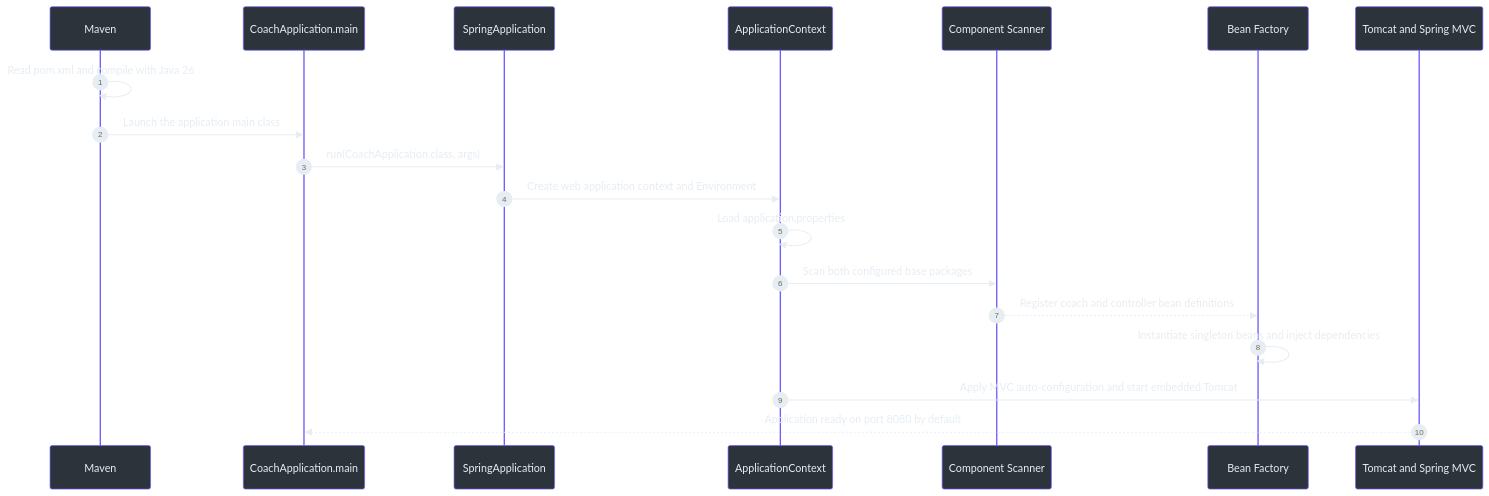
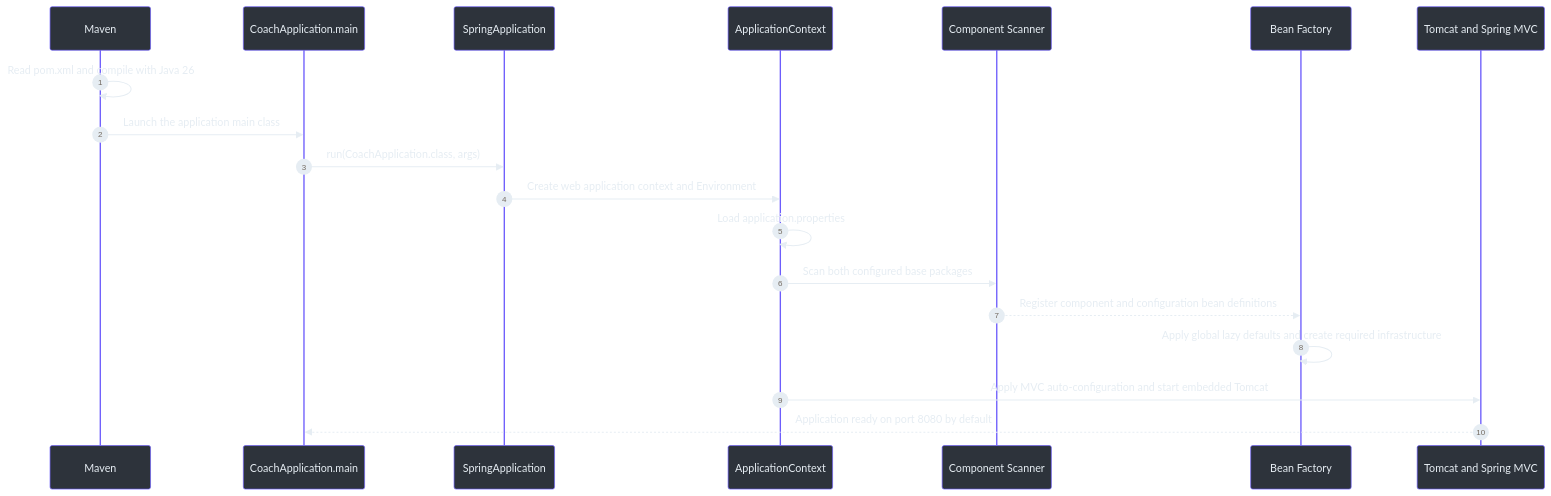
Before and after one commit to namelessnode/springboot4-chad-darby: the second of 13 diagrams in 02-spring-boot-core/coach/notes.md, drawn with Mermaid. The commit also changed other lines of this file and 9 other files, not shown here.

````diff
--- a/02-spring-boot-core/coach/notes.md
+++ b/02-spring-boot-core/coach/notes.md
@@ -153,22 +164,22 @@
 ```mermaid
 %%{init: {'theme':'base','themeVariables':{'primaryColor':'#2d333b','primaryBorderColor':'#6d5dfc','primaryTextColor':'#e6edf3','lineColor':'#8b949e','secondaryColor':'#161b22','tertiaryColor':'#161b22'}}}%%
 sequenceDiagram
     autonumber
     participant Maven
     participant Main as CoachApplication.main
     participant Boot as SpringApplication
     participant Context as ApplicationContext
     participant Scan as Component Scanner
     participant Beans as Bean Factory
     participant Web as Tomcat and Spring MVC
     Maven->>Maven: Read pom.xml and compile with Java 26
     Maven->>Main: Launch the application main class
     Main->>Boot: run(CoachApplication.class, args)
     Boot->>Context: Create web application context and Environment
     Context->>Context: Load application.properties
     Context->>Scan: Scan both configured base packages
-    Scan-->>Beans: Register coach and controller bean definitions
-    Beans->>Beans: Instantiate singleton beans and inject dependencies
+    Scan-->>Beans: Register component and configuration bean definitions
+    Beans->>Beans: Apply global lazy defaults and create required infrastructure
     Context->>Web: Apply MVC auto-configuration and start embedded Tomcat
     Web-->>Main: Application ready on port 8080 by default
 ```
````
